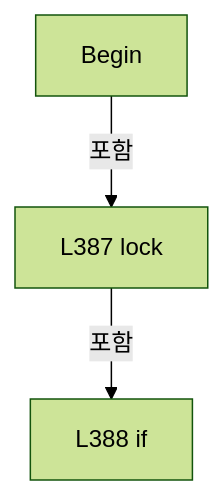
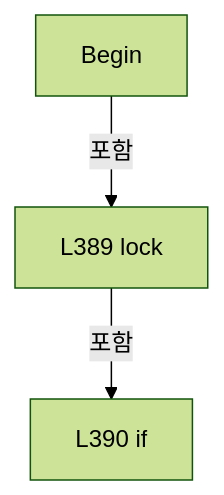
Before and after one commit to kjuws10-rgb/Shared: the eighth of 11 diagrams in A3 LD Code Ref/files/Drilling.Common/Review/CAutoFineReviewCoordinator.cs.md, drawn with Mermaid (forest theme). The commit also changed other lines of this file and 2071 other files, not shown here.

Commit message:
docs(a3): update 11.19.0 architecture and code reference

````diff
--- a/A3 LD Code Ref/files/Drilling.Common/Review/CAutoFineReviewCoordinator.cs.md
+++ b/A3 LD Code Ref/files/Drilling.Common/Review/CAutoFineReviewCoordinator.cs.md
@@ -1916,8 +1918,8 @@
 ```mermaid
 flowchart TD
  M["Begin"]
- N0["L387 lock"]
+ N0["L389 lock"]
  M -->|포함| N0
- N1["L388 if"]
+ N1["L390 if"]
  N0 -->|포함| N1
 ```
````
